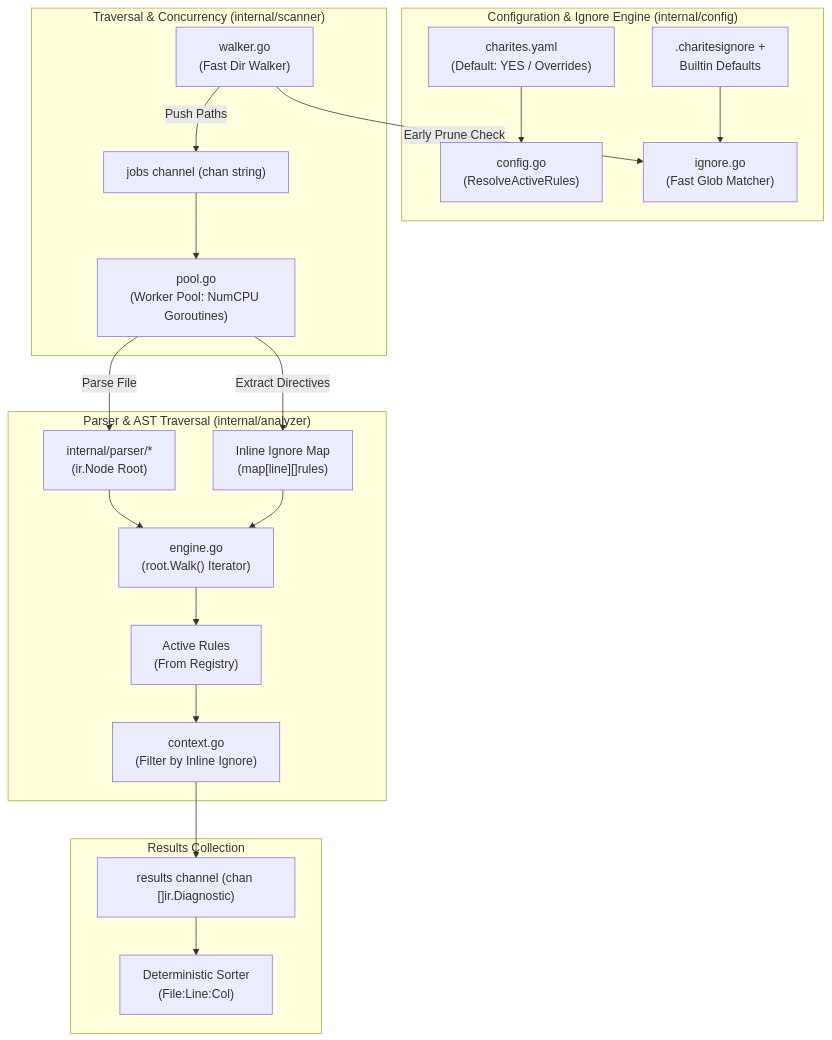
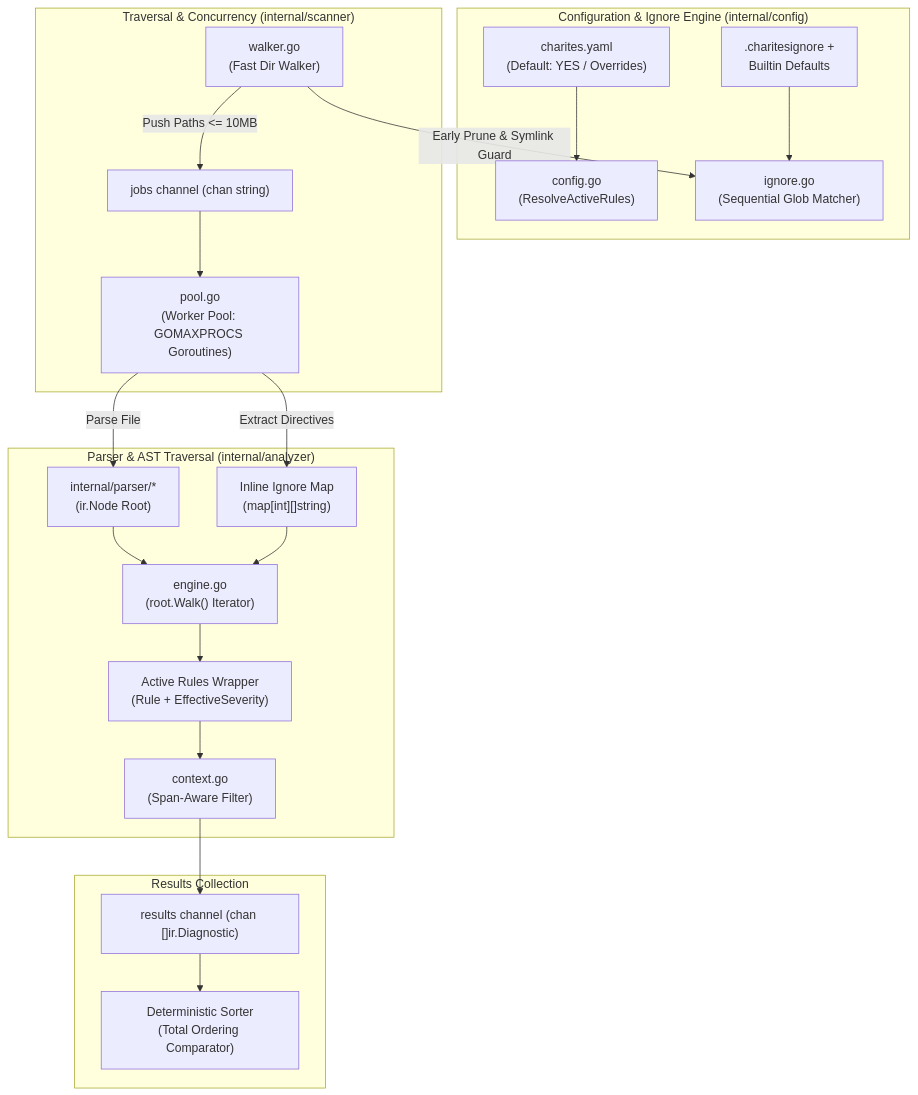
One commit to will2469/charites changed the diagram in docs/02-architecture/04-engine.md. Above: the diagram before and after it, drawn with Mermaid. The commit also changed other lines of this file and 4 other files, not shown here.

Commit message:
docs(engine): calibrate Phase 4 ActiveRule severity override, CLI precedence, ignore semantics, and total ordering

````diff
--- a/docs/02-architecture/04-engine.md
+++ b/docs/02-architecture/04-engine.md
@@ -14,29 +15,29 @@
 ```mermaid
 flowchart TD
     subgraph Config_Layer ["Configuration & Ignore Engine (internal/config)"]
         ConfigFile["charites.yaml\n(Default: YES / Overrides)"] --> ConfigParser["config.go\n(ResolveActiveRules)"]
-        IgnoreFiles[".charitesignore +\nBuiltin Defaults"] --> IgnoreMatcher["ignore.go\n(Fast Glob Matcher)"]
+        IgnoreFiles[".charitesignore +\nBuiltin Defaults"] --> IgnoreMatcher["ignore.go\n(Sequential Glob Matcher)"]
     end
 
     subgraph Scan_Layer ["Traversal & Concurrency (internal/scanner)"]
-        DirWalker["walker.go\n(Fast Dir Walker)"] -->|Early Prune Check| IgnoreMatcher
-        DirWalker -->|Push Paths| JobsChan["jobs channel (chan string)"]
+        DirWalker["walker.go\n(Fast Dir Walker)"] -->|Early Prune & Symlink Guard| IgnoreMatcher
+        DirWalker -->|Push Paths <= 10MB| JobsChan["jobs channel (chan string)"]
 
-        JobsChan --> WorkerPool["pool.go\n(Worker Pool: NumCPU Goroutines)"]
+        JobsChan --> WorkerPool["pool.go\n(Worker Pool: GOMAXPROCS Goroutines)"]
     end
 
     subgraph Analysis_Layer ["Parser & AST Traversal (internal/analyzer)"]
         WorkerPool -->|Parse File| AST["internal/parser/*\n(ir.Node Root)"]
-        WorkerPool -->|Extract Directives| InlineMap["Inline Ignore Map\n(map[line][]rules)"]
+        WorkerPool -->|Extract Directives| InlineMap["Inline Ignore Map\n(map[int][]string)"]
         AST --> Traversal["engine.go\n(root.Walk() Iterator)"]
         InlineMap --> Traversal
 
-        Traversal --> ActiveRules["Active Rules\n(From Registry)"]
-        ActiveRules --> DiagCollector["context.go\n(Filter by Inline Ignore)"]
+        Traversal --> ActiveRules["Active Rules Wrapper\n(Rule + EffectiveSeverity)"]
+        ActiveRules --> DiagCollector["context.go\n(Span-Aware Filter)"]
     end
 
     subgraph Output_Queue ["Results Collection"]
         DiagCollector --> ResultsChan["results channel (chan []ir.Diagnostic)"]
-        ResultsChan --> Sorter["Deterministic Sorter\n(File:Line:Col)"]
+        ResultsChan --> Sorter["Deterministic Sorter\n(Total Ordering Comparator)"]
     end
 ```
````
